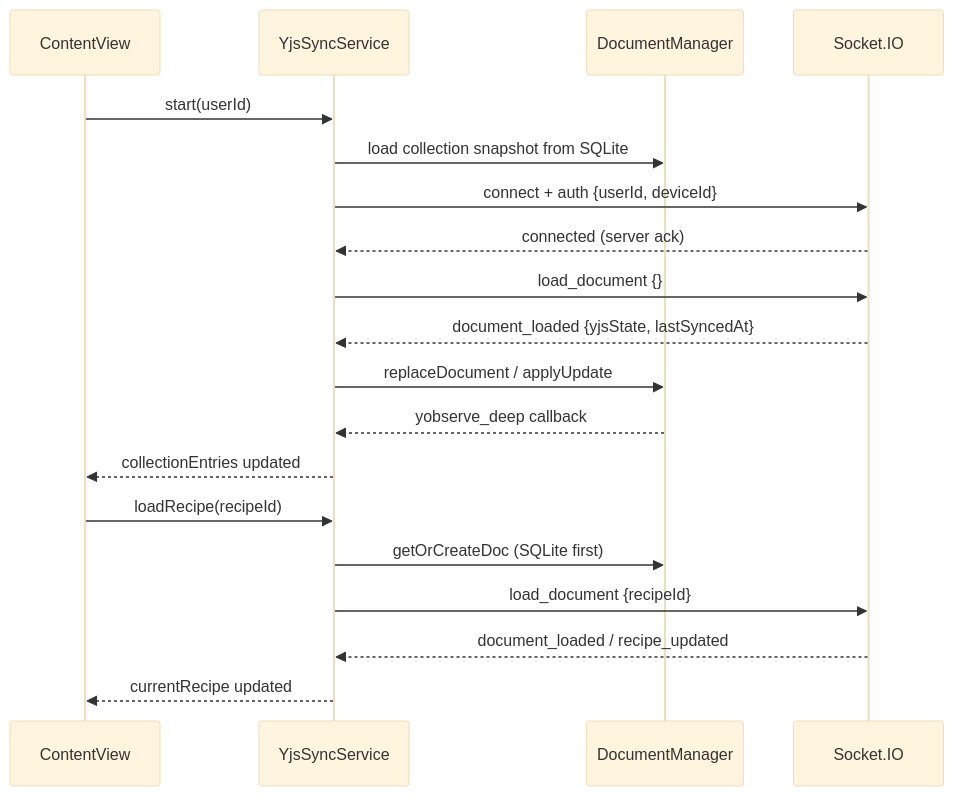
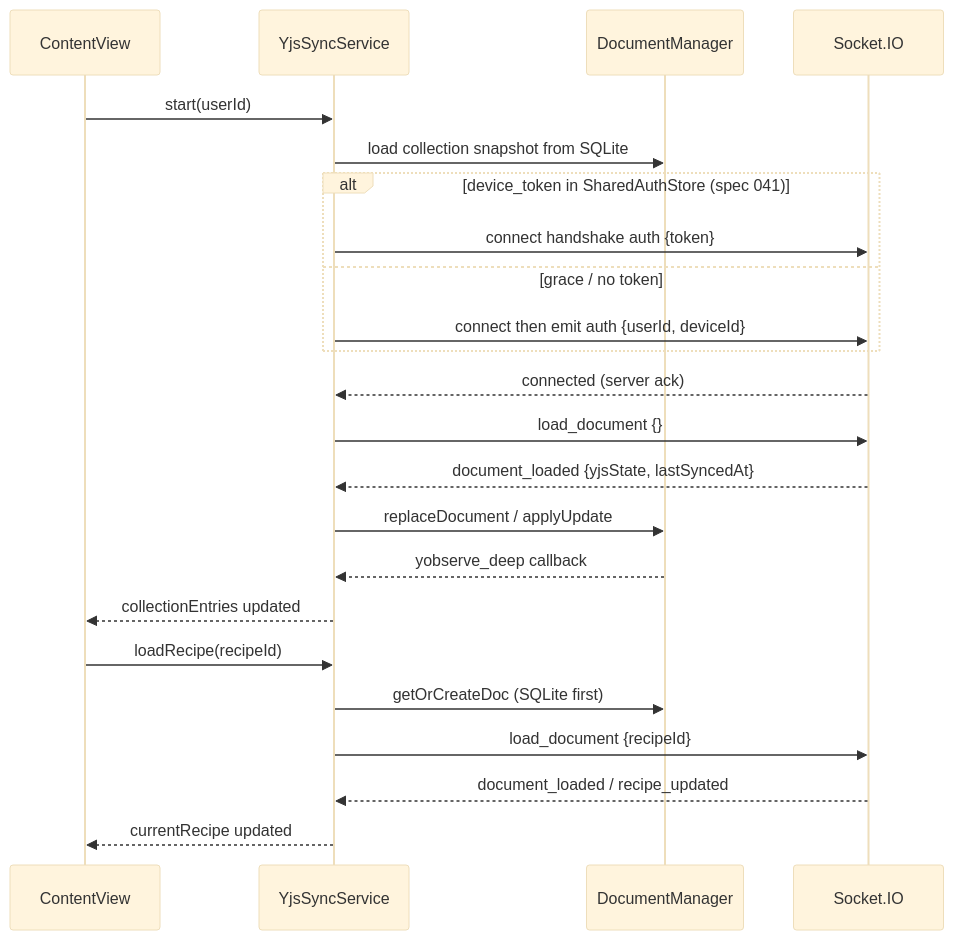
Before and after one commit to mikeozornin/recipe-scaler-native: the seventh of 8 diagrams in docs/ARCHITECTURE.md, drawn with Mermaid (base theme). The commit also changed other lines of this file and 27 other files, not shown here.

First line of the commit message:
feat(auth): native device tokens and simulator bootstrap migration (spec 041)

````diff
--- a/docs/ARCHITECTURE.md
+++ b/docs/ARCHITECTURE.md
@@ -318,23 +318,27 @@
 ```mermaid
 sequenceDiagram
   participant App as ContentView
   participant YSS as YjsSyncService
   participant DM as DocumentManager
   participant SIO as Socket.IO
 
   App->>YSS: start(userId)
   YSS->>DM: load collection snapshot from SQLite
-  YSS->>SIO: connect + auth {userId, deviceId}
+  alt device_token in SharedAuthStore (spec 041)
+    YSS->>SIO: connect handshake auth {token}
+  else grace / no token
+    YSS->>SIO: connect then emit auth {userId, deviceId}
+  end
   SIO-->>YSS: connected (server ack)
   YSS->>SIO: load_document {}
   SIO-->>YSS: document_loaded {yjsState, lastSyncedAt}
   YSS->>DM: replaceDocument / applyUpdate
   DM-->>YSS: yobserve_deep callback
   YSS-->>App: collectionEntries updated
 
   App->>YSS: loadRecipe(recipeId)
   YSS->>DM: getOrCreateDoc (SQLite first)
   YSS->>SIO: load_document {recipeId}
   SIO-->>YSS: document_loaded / recipe_updated
   YSS-->>App: currentRecipe updated
 ```
````
